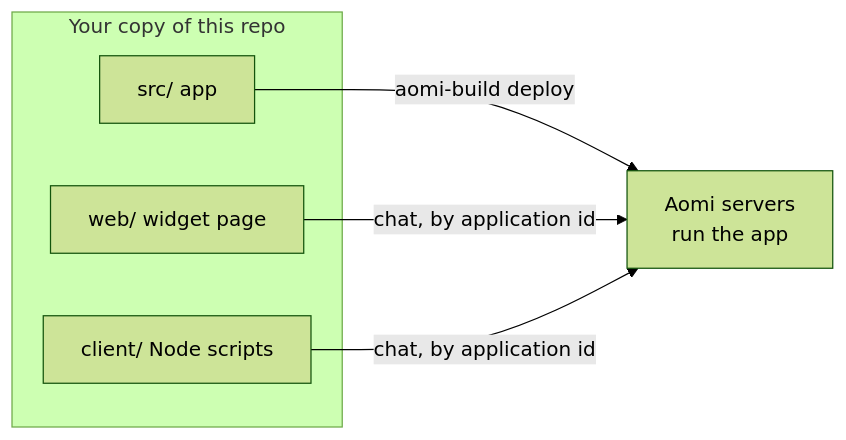
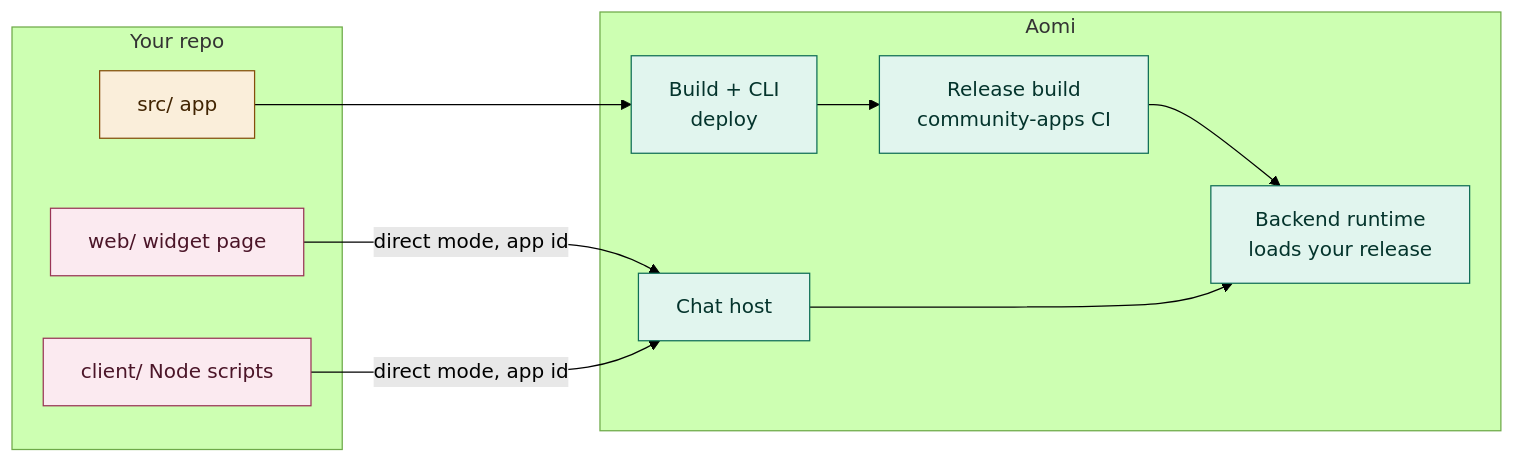
Before and after one commit to aomi-labs/playground-example: the second of 2 diagrams in README.md, drawn with Mermaid (forest theme). The commit also changed other lines of this file, not shown here.

````diff
--- a/README.md
+++ b/README.md
@@ -14,11 +187,25 @@
 ```mermaid
 flowchart LR
-  subgraph repo[Your copy of this repo]
+  subgraph repo[Your repo]
     app[src/ app]
     web[web/ widget page]
     client[client/ Node scripts]
   end
-  app -- aomi-build deploy --> aomi[Aomi servers<br/>run the app]
-  web -- chat, by application id --> aomi
-  client -- chat, by application id --> aomi
+  subgraph aomi[Aomi]
+    build["Build + CLI<br/>deploy"]
+    ci["Release build<br/>community-apps CI"]
+    chat[Chat host]
+    runtime["Backend runtime<br/>loads your release"]
+  end
+  app --> build --> ci --> runtime
+  web -- direct mode, app id --> chat
+  client -- direct mode, app id --> chat
+  chat --> runtime
+
+  classDef app fill:#FAEEDA,stroke:#854F0B,color:#412402
+  classDef callers fill:#FBEAF0,stroke:#993556,color:#4B1528
+  classDef aomi fill:#E1F5EE,stroke:#0F6E56,color:#04342C
+  class app app
+  class web,client callers
+  class build,ci,chat,runtime aomi
 ```
````
